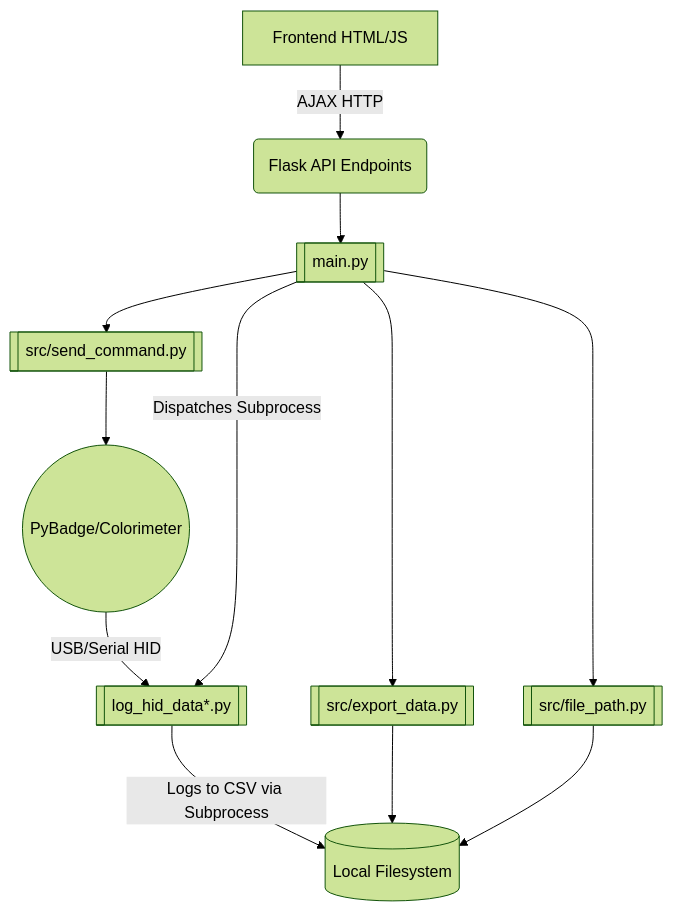
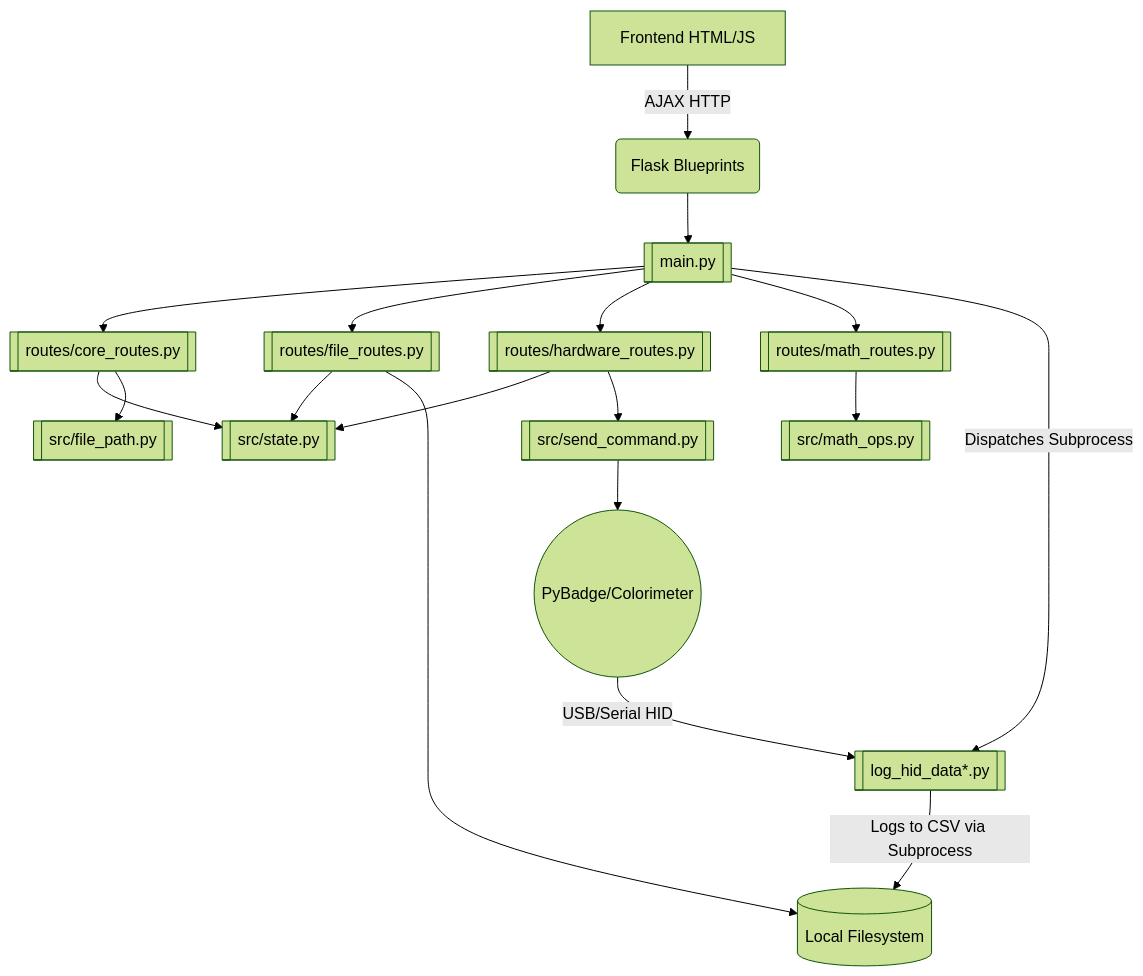
Before and after one commit to Promethees/microalbumin-Flask: the diagram in easyokapi-knowledge/EASY OKAPI.md, drawn with Mermaid (forest theme). The commit also changed other lines of this file and 1 other file, not shown here.

````diff
--- a/easyokapi-knowledge/EASY OKAPI.md
+++ b/easyokapi-knowledge/EASY OKAPI.md
@@ -17,18 +18,25 @@
 ```mermaid
 graph TD
     Device((PyBadge/Colorimeter)) -->|USB/Serial HID| Logger[[log_hid_data*.py]]
     Logger -->|Logs to CSV via Subprocess| FileSys[(Local Filesystem)]
     
-    UI[Frontend HTML/JS] -->|AJAX HTTP| API(Flask API Endpoints)
+    UI[Frontend HTML/JS] -->|AJAX HTTP| API(Flask Blueprints)
     
     API --> Main[[main.py]]
     
-    Main --> Hardware[[src/send_command.py]]
-    Main --> FileMod[[src/export_data.py]]
-    Main --> PathMgmt[[src/file_path.py]]
-    
+    Main --> CoreBP[[routes/core_routes.py]]
+    Main --> FileBP[[routes/file_routes.py]]
+    Main --> HardBP[[routes/hardware_routes.py]]
+    Main --> MathBP[[routes/math_routes.py]]
+
+    CoreBP --> State[[src/state.py]]
+    FileBP --> State
+    HardBP --> State
+    MathBP --> MathOps[[src/math_ops.py]]
+
+    FileBP --> FileSys
+    CoreBP --> PathMgmt[[src/file_path.py]]
+    HardBP --> Hardware[[src/send_command.py]]
     Hardware --> Device
     Main -->|Dispatches Subprocess| Logger
-    FileMod --> FileSys
-    PathMgmt --> FileSys
 ```
````
